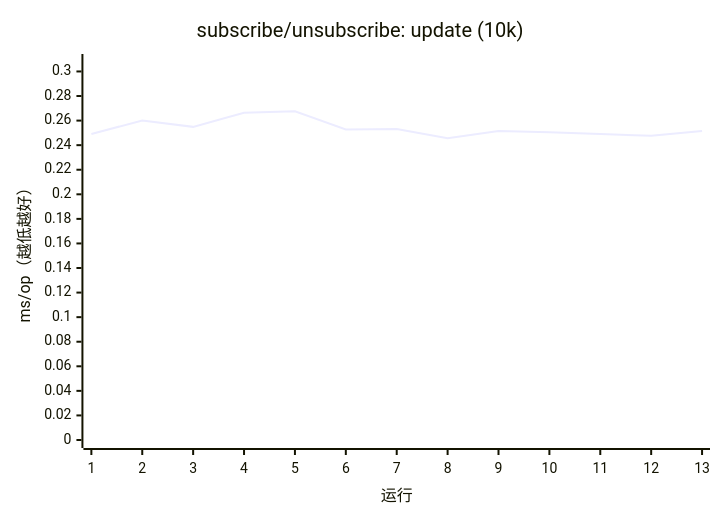
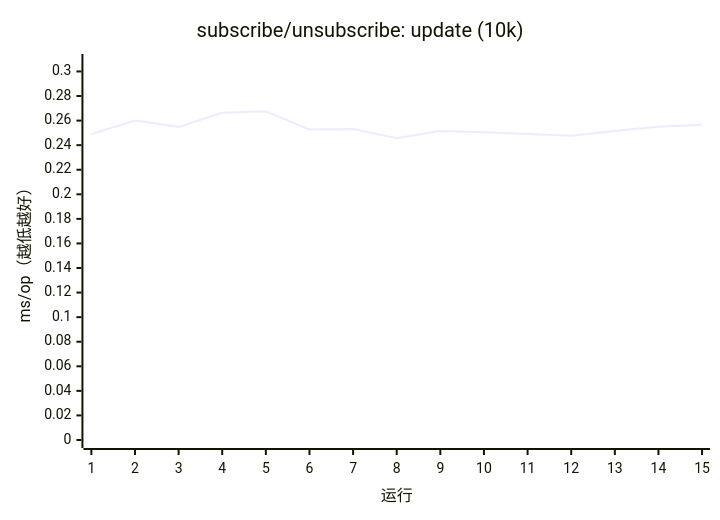
Before and after one commit to AIluffy/io: diagram 14 of 17 in apps/docs/src/content/docs/guides/benchmark.mdx, drawn with Mermaid. The commit also changed other lines of this file and 7 other files, not shown here.

````diff
--- a/apps/docs/src/content/docs/guides/benchmark.mdx
+++ b/apps/docs/src/content/docs/guides/benchmark.mdx
@@ -355,7 +371,7 @@
 ```mermaid
 xychart-beta
   title "subscribe/unsubscribe: update (10k)"
-  x-axis "运行" [1, 2, 3, 4, 5, 6, 7, 8, 9, 10, 11, 12, 13]
+  x-axis "运行" [1, 2, 3, 4, 5, 6, 7, 8, 9, 10, 11, 12, 13, 14, 15]
   y-axis "ms/op（越低越好）" 0 --> 0.3077
-  line [0.2491, 0.2601, 0.2549, 0.2664, 0.2676, 0.2528, 0.2531, 0.2456, 0.2515, 0.2505, 0.2491, 0.2476, 0.2516]
+  line [0.2491, 0.2601, 0.2549, 0.2664, 0.2676, 0.2528, 0.2531, 0.2456, 0.2515, 0.2505, 0.2491, 0.2476, 0.2516, 0.255, 0.2567]
 ```
````
